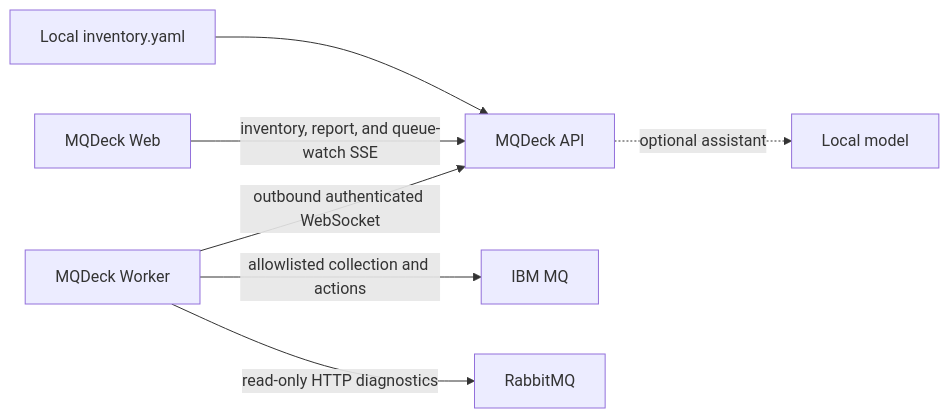
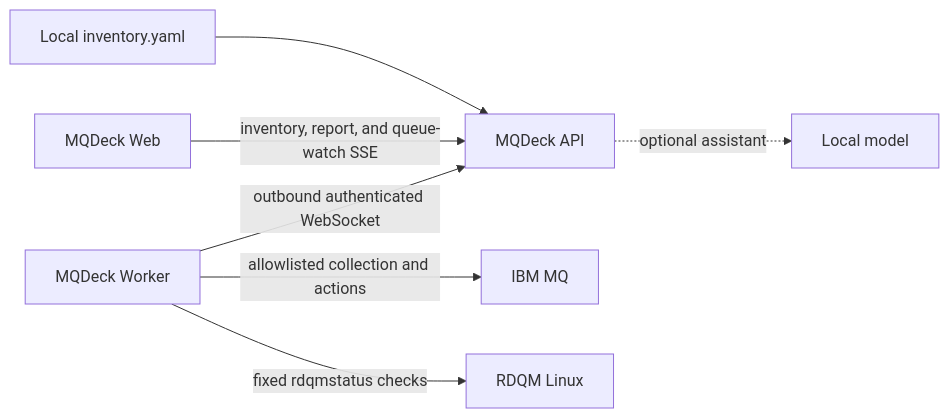
One commit to mqdeck/mqdeck changed the diagram in README.md. Above: the diagram before and after it, drawn with Mermaid. The commit also changed other lines of this file and 20 other files, not shown here.

````diff
--- a/README.md
+++ b/README.md
@@ -18,9 +18,9 @@
 ```mermaid
 flowchart LR
     YAML["Local inventory.yaml"] --> API["MQDeck API"]
     WEB["MQDeck Web"] -->|"inventory, report, and queue-watch SSE"| API
     WORKER["MQDeck Worker"] -->|"outbound authenticated WebSocket"| API
     WORKER -->|"allowlisted collection and actions"| IBM["IBM MQ"]
-    WORKER -->|"read-only HTTP diagnostics"| RMQ["RabbitMQ"]
+    WORKER -->|"fixed rdqmstatus checks"| RDQM["RDQM Linux"]
     API -.->|"optional assistant"| MODEL["Local model"]
 ```
````
